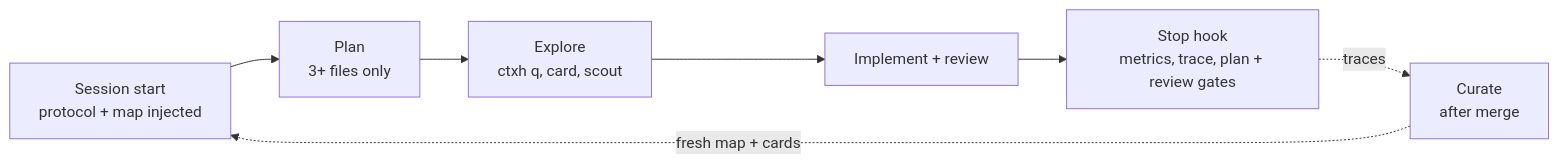
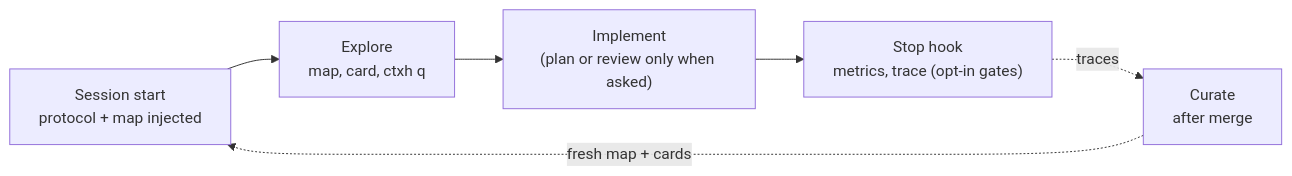
One commit to ahmetask/ctx-harness changed the diagram in README.md. Above: the diagram before and after it, drawn with Mermaid. The commit also changed other lines of this file and 21 other files, not shown here.

````diff
--- a/README.md
+++ b/README.md
@@ -58,6 +58,6 @@
 ```mermaid
 flowchart LR
-    A["Session start<br/>protocol + map injected"] --> B["Plan<br/>3+ files only"] --> C["Explore<br/>ctxh q, card, scout"] --> D["Implement + review"] --> E["Stop hook<br/>metrics, trace, plan + review gates"]
+    A["Session start<br/>protocol + map injected"] --> C["Explore<br/>map, card, ctxh q"] --> D["Implement<br/>(plan or review only when asked)"] --> E["Stop hook<br/>metrics, trace (opt-in gates)"]
     E -.->|traces| F["Curate<br/>after merge"]
     F -.->|fresh map + cards| A
 ```
````
